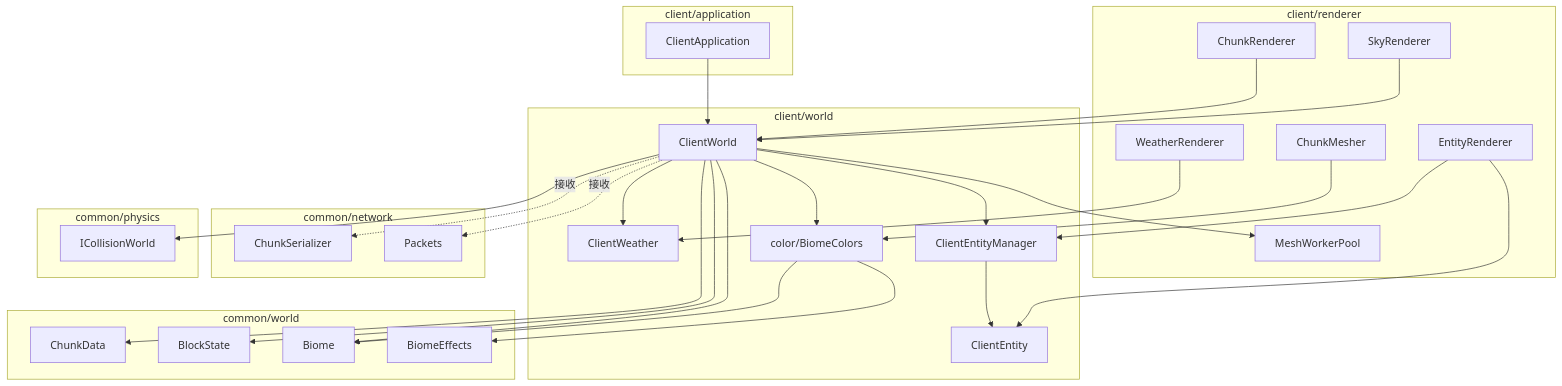
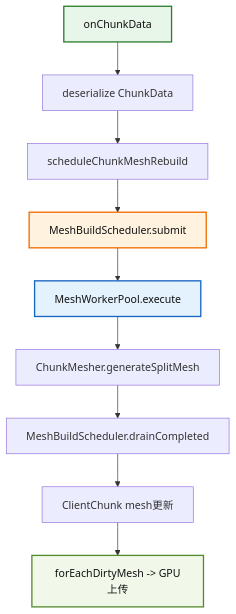
One commit to g122622/Cubium changed the second of 2 diagrams in src/client/world/README.md. Above: the diagram before and after it, drawn with Mermaid. The commit also changed other lines of this file and 21 other files, not shown here.

````diff
--- a/src/client/world/README.md
+++ b/src/client/world/README.md
@@ -258,60 +156,16 @@
 ```mermaid
-graph TB
-    subgraph client/world
-        A[ClientWorld]
-        B[ClientWeather]
-        C[ClientEntityManager]
-        D[ClientEntity]
-        E[color/BiomeColors]
-    end
+flowchart TD
+    A[onChunkData] --> B[deserialize ChunkData]
+    B --> C[scheduleChunkMeshRebuild]
+    C --> D[MeshBuildScheduler.submit]
+    D --> E[MeshWorkerPool.execute]
+    E --> F[ChunkMesher.generateSplitMesh]
+    F --> G[MeshBuildScheduler.drainCompleted]
+    G --> H[ClientChunk mesh更新]
+    H --> I[forEachDirtyMesh -> GPU上传]
 
-    subgraph client/renderer
-        F[ChunkRenderer]
-        G[EntityRenderer]
-        H[WeatherRenderer]
-        I[SkyRenderer]
-        J[MeshWorkerPool]
-        K[ChunkMesher]
-    end
-
-    subgraph client/application
-        L[ClientApplication]
-    end
-
-    subgraph common/world
-        M[ChunkData]
-        N[BlockState]
-        O[Biome]
-        P[BiomeEffects]
-    end
-
-    subgraph common/network
-        Q[ChunkSerializer]
-        R[Packets]
-    end
-
-    subgraph common/physics
-        S[ICollisionWorld]
-    end
-
-    A --> B
-    A --> C
-    A --> E
-    C --> D
-    A --> J
-    A --> M
-    A --> N
-    A --> O
-    A --> S
-    A -.->|接收| Q
-    A -.->|接收| R
-    E --> O
-    E --> P
-    F --> A
-    K --> E
-    G --> C
-    G --> D
-    H --> B
-    I --> A
-    L --> A
+    style A fill:#e8f5e9,stroke:#2e7d32,stroke-width:2px,color:#111
+    style D fill:#fff3e0,stroke:#ef6c00,stroke-width:2px,color:#111
+    style E fill:#e3f2fd,stroke:#1565c0,stroke-width:2px,color:#111
+    style I fill:#f1f8e9,stroke:#558b2f,stroke-width:2px,color:#111
 ```
````
